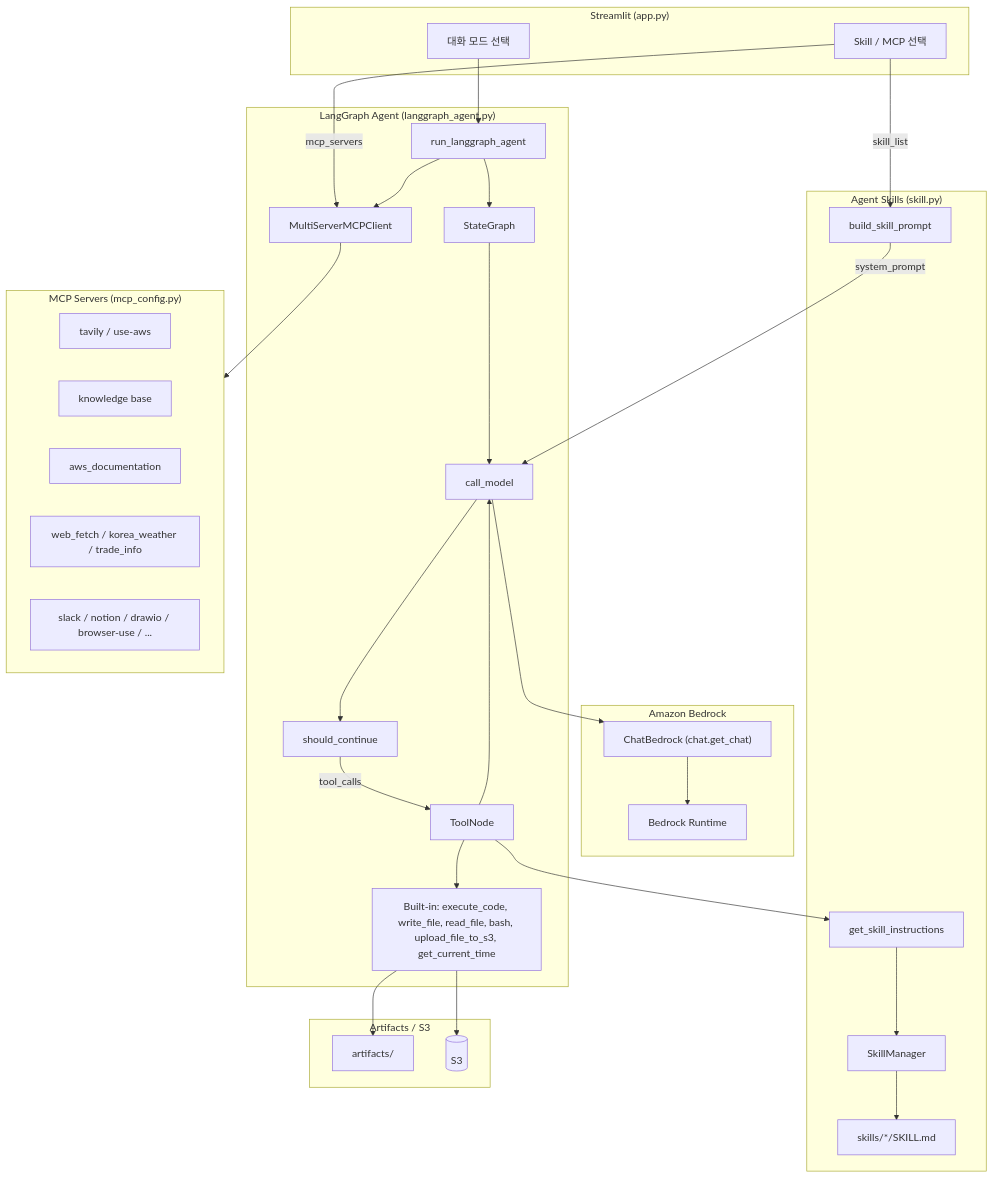
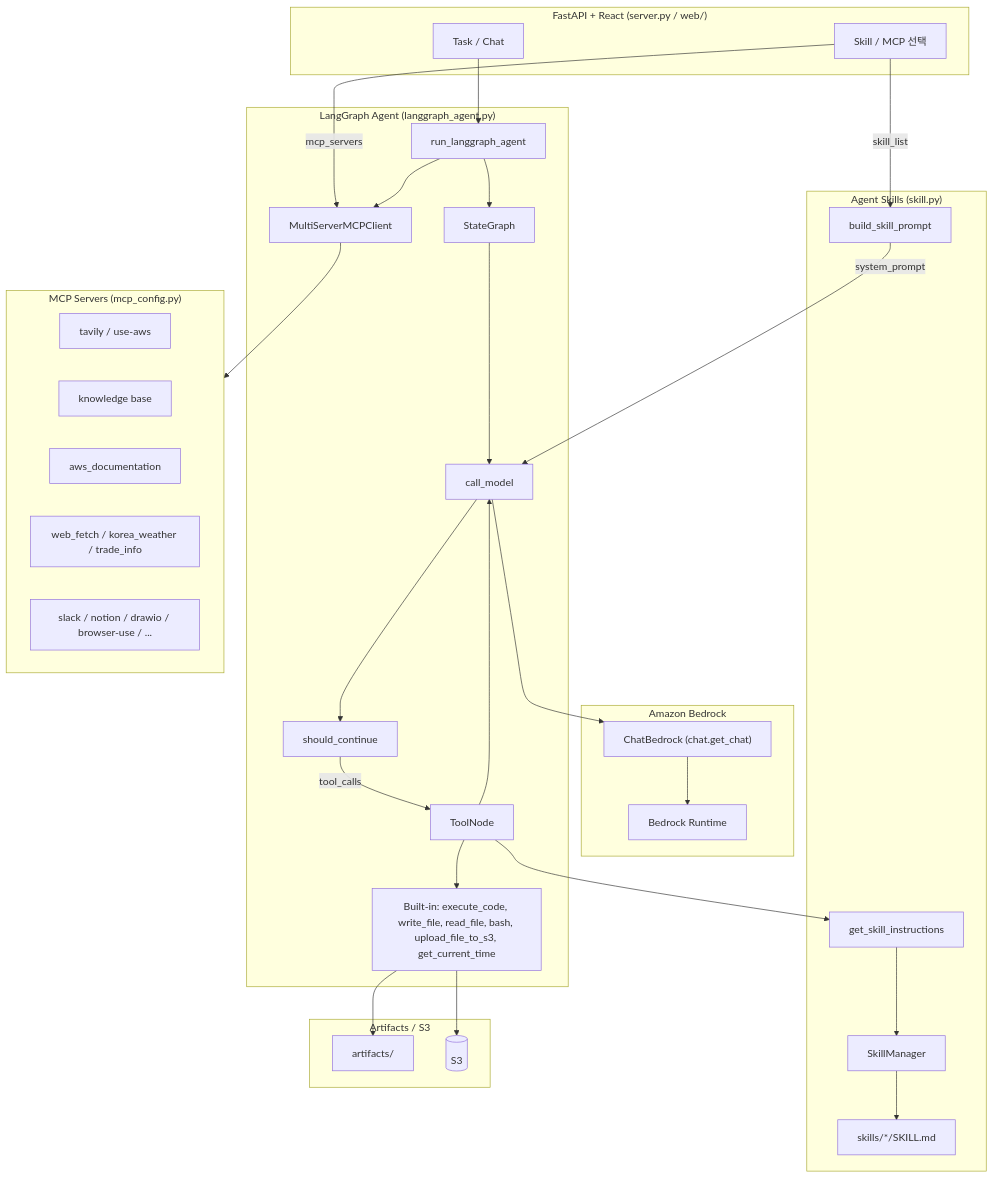
The diagram in README.md (kyopark2014/agent-skills), drawn with Mermaid before and after one commit. The commit also changed other lines of this file and 101 other files, not shown here.

First line of the commit message:
Replace Streamlit UI with FastAPI+React and local LangGraph agent.

````diff
--- a/README.md
+++ b/README.md
@@ -14,63 +27,63 @@
 ```mermaid
 flowchart TB
-  subgraph UI["Streamlit (app.py)"]
-    M[대화 모드 선택]
+  subgraph UI["FastAPI + React (server.py / web/)"]
+    M[Task / Chat]
     SKUI[Skill / MCP 선택]
   end
 
   subgraph LLM["Amazon Bedrock"]
     BR[Bedrock Runtime]
     CB["ChatBedrock (chat.get_chat)"]
   end
 
   subgraph Skills["Agent Skills (skill.py)"]
     SRC["skills/*/SKILL.md"]
     SM[SkillManager]
     BSP[build_skill_prompt]
     GSI[get_skill_instructions]
   end
 
   subgraph LangGraphStack["LangGraph Agent (langgraph_agent.py)"]
     RLA[run_langgraph_agent]
     SG[StateGraph]
     CM[call_model]
     TN[ToolNode]
     SC[should_continue]
     BT["Built-in: execute_code, write_file, read_file, bash, upload_file_to_s3, get_current_time"]
     MCPC[MultiServerMCPClient]
   end
 
   subgraph MCPServers["MCP Servers (mcp_config.py)"]
     T[tavily / use-aws]
     R[knowledge base]
     AWS[aws_documentation]
     WF[web_fetch / korea_weather / trade_info]
     OTH[slack / notion / drawio / browser-use / ...]
   end
 
   subgraph Storage["Artifacts / S3"]
     ART[artifacts/]
     S3[(S3)]
   end
 
   M --> RLA
   SKUI -->|skill_list| BSP
   SKUI -->|mcp_servers| MCPC
 
   RLA --> SG
   SG --> CM
   CM --> SC
   SC -->|tool_calls| TN
   TN --> CM
   CM --> CB
   CB --> BR
   TN --> BT
   TN --> GSI
   RLA --> MCPC
   BSP -->|system_prompt| CM
   GSI --> SM
   SM --> SRC
   MCPC --> MCPServers
   BT --> ART
   BT --> S3
 ```
````
